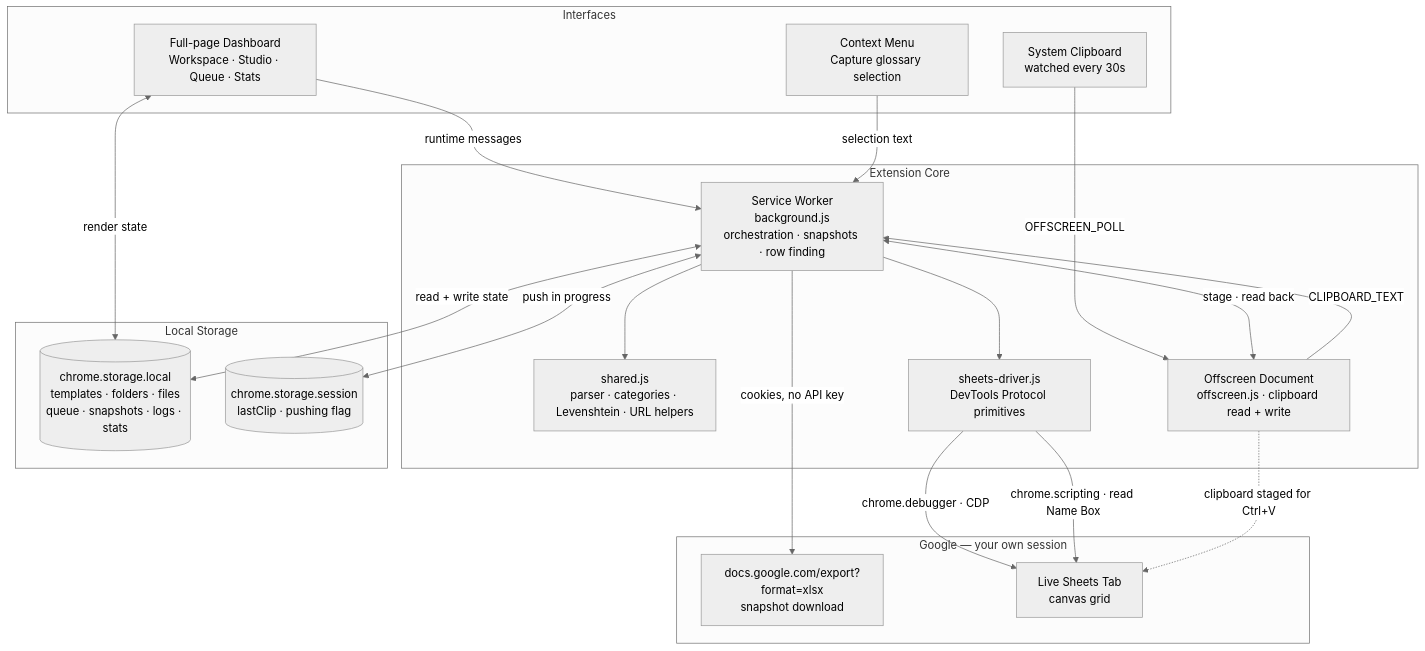
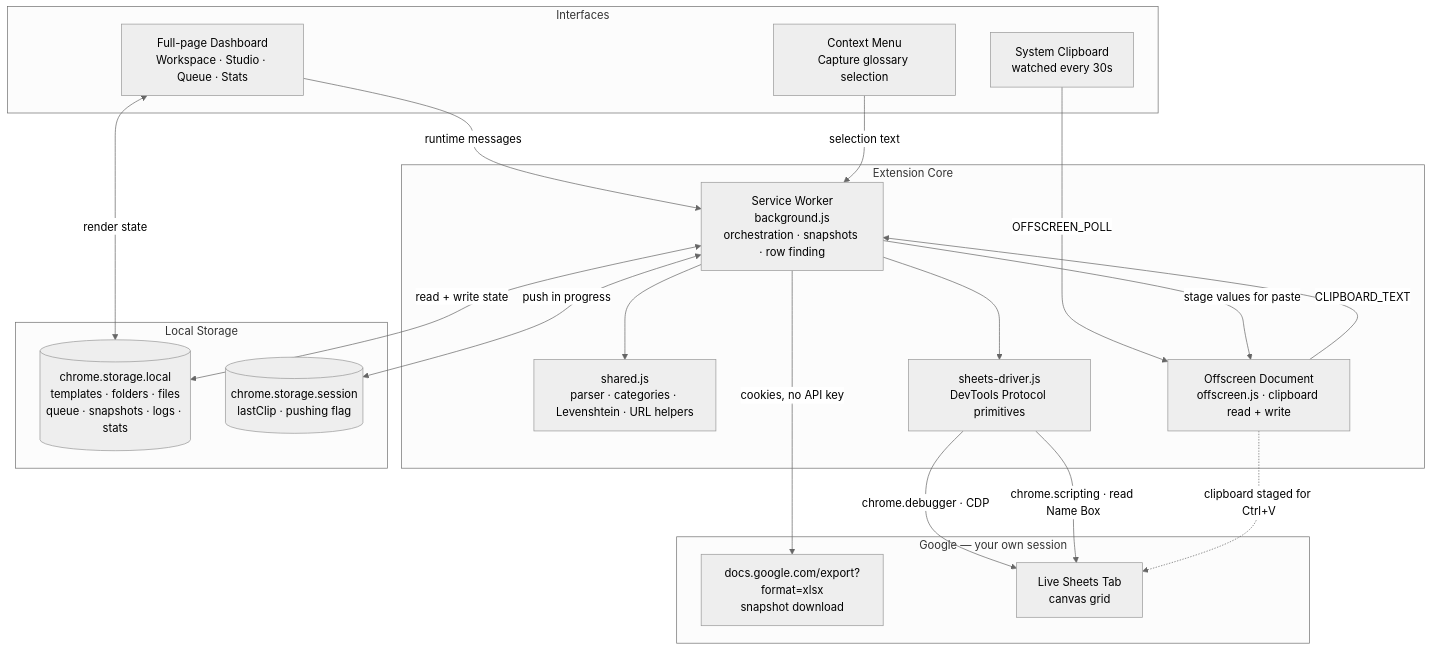
Before and after one commit to RazorSpace/Smart-Glossary-Filter: the first of 3 diagrams in README.md, drawn with Mermaid (neutral theme). The commit also changed other lines of this file and 5 other files, not shown here.

````diff
--- a/README.md
+++ b/README.md
@@ -180,42 +190,42 @@
 ```mermaid
 flowchart TD
     subgraph UI["Interfaces"]
         Dash["Full-page Dashboard<br/>Workspace · Studio · Queue · Stats"]
         Ctx["Context Menu<br/>Capture glossary selection"]
         Clip["System Clipboard<br/>watched every 30s"]
     end
 
     subgraph Core["Extension Core"]
         SW["Service Worker<br/>background.js<br/>orchestration · snapshots · row finding"]
         Shared["shared.js<br/>parser · categories · Levenshtein · URL helpers"]
         Driver["sheets-driver.js<br/>DevTools Protocol primitives"]
         Off["Offscreen Document<br/>offscreen.js · clipboard read + write"]
     end
 
     subgraph Store["Local Storage"]
         Local[("chrome.storage.local<br/>templates · folders · files<br/>queue · snapshots · logs · stats")]
         Session[("chrome.storage.session<br/>lastClip · pushing flag")]
     end
 
     subgraph Ext["Google — your own session"]
         Export["docs.google.com/export?format=xlsx<br/>snapshot download"]
         Live["Live Sheets Tab<br/>canvas grid"]
     end
 
     Dash -->|"runtime messages"| SW
     Ctx -->|"selection text"| SW
     Clip -->|"OFFSCREEN_POLL"| Off
     Off -->|"CLIPBOARD_TEXT"| SW
 
     SW --> Shared
     SW --> Driver
-    SW <-->|"stage · read back"| Off
+    SW -->|"stage values for paste"| Off
     SW <-->|"read + write state"| Local
     SW <-->|"push in progress"| Session
     Dash <-->|"render state"| Local
 
     SW -->|"cookies, no API key"| Export
     Driver -->|"chrome.debugger · CDP"| Live
     Driver -->|"chrome.scripting · read Name Box"| Live
     Off -.->|"clipboard staged for Ctrl+V"| Live
 ```
````
